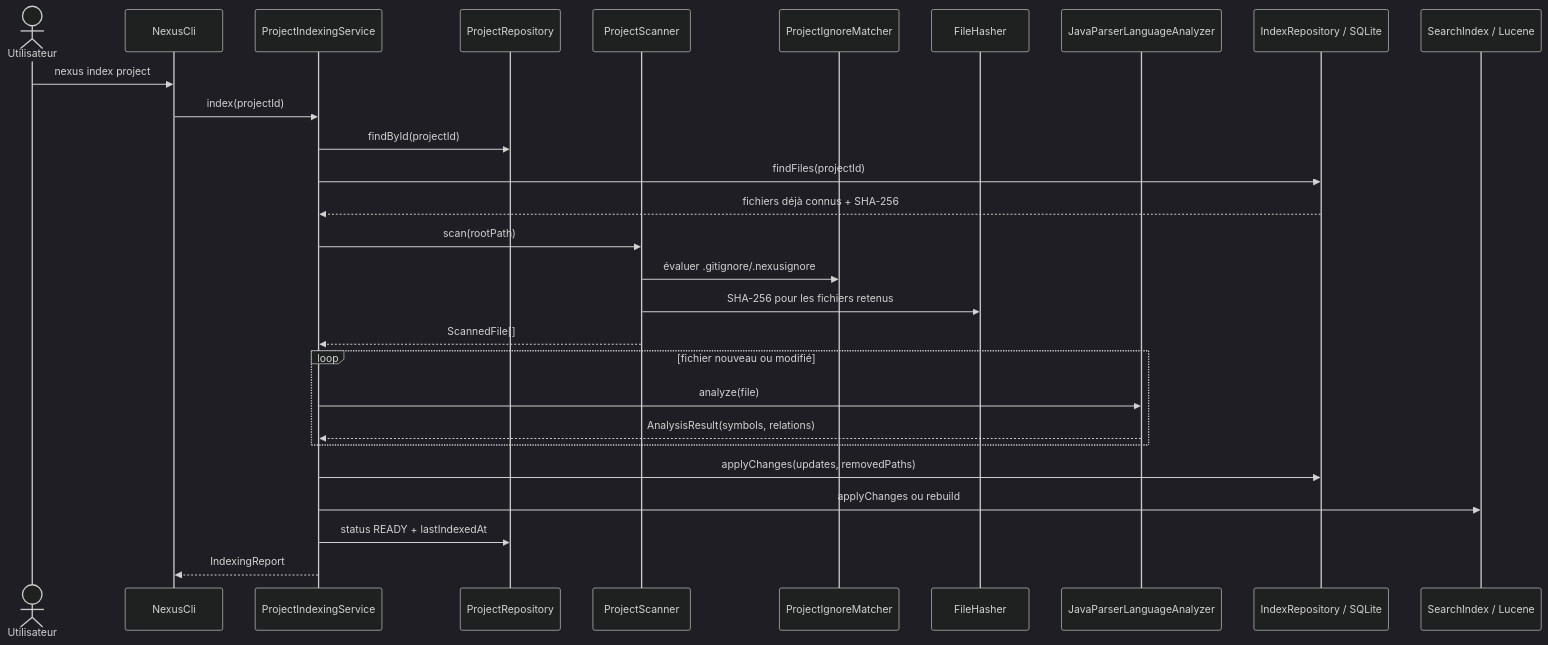
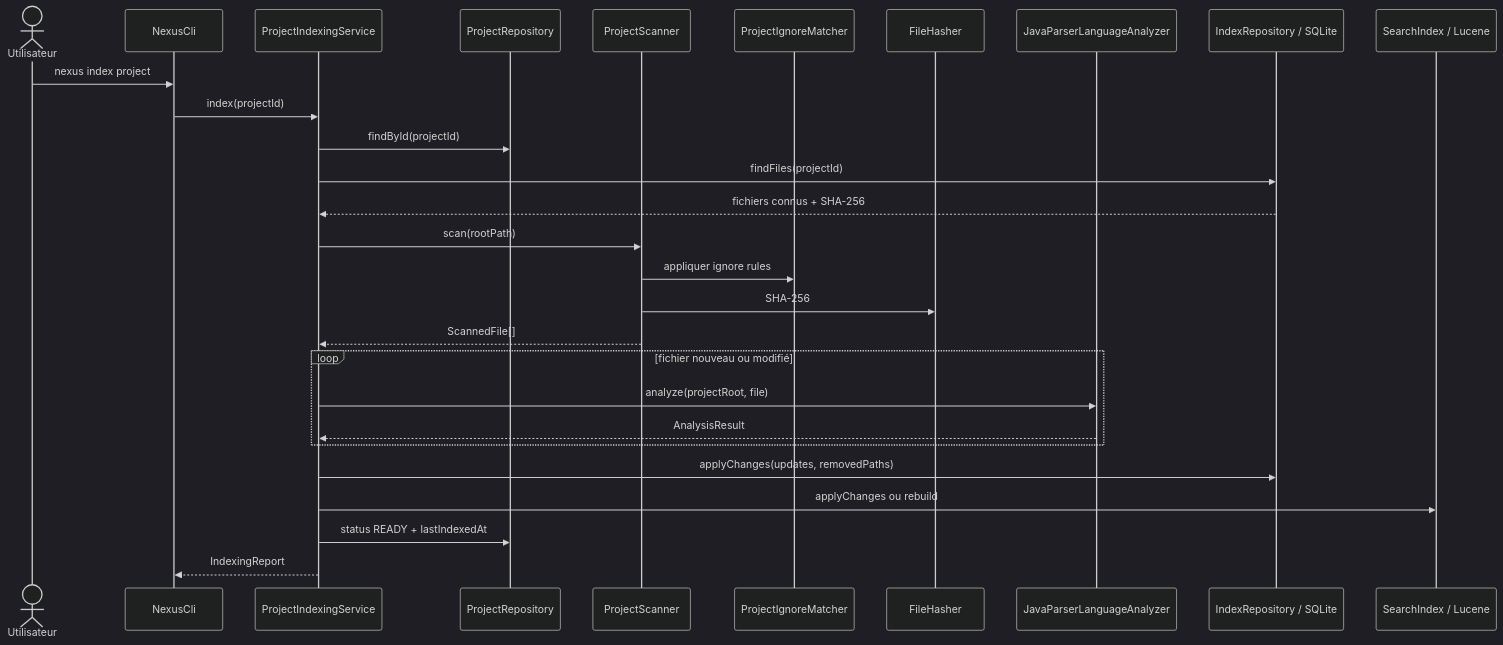
The first of 5 diagrams in docs/developer/indexing-pipeline.md (FTurleque/nexus-context-engine), drawn with Mermaid (dark theme) before and after one commit. The commit also changed other lines of this file, not shown here.

Commit message:
docs(dev): aligner le diagramme d'indexation sur les signatures réelles

````diff
--- a/docs/developer/indexing-pipeline.md
+++ b/docs/developer/indexing-pipeline.md
@@ -28,34 +21,34 @@
 ```mermaid
 sequenceDiagram
     actor User as Utilisateur
     participant CLI as NexusCli
     participant SVC as ProjectIndexingService
     participant Repo as ProjectRepository
     participant Scanner as ProjectScanner
     participant Ignore as ProjectIgnoreMatcher
     participant Hash as FileHasher
     participant AST as JavaParserLanguageAnalyzer
     participant SQLite as IndexRepository / SQLite
     participant Lucene as SearchIndex / Lucene
 
     User->>CLI: nexus index project
     CLI->>SVC: index(projectId)
     SVC->>Repo: findById(projectId)
     SVC->>SQLite: findFiles(projectId)
-    SQLite-->>SVC: fichiers déjà connus + SHA-256
+    SQLite-->>SVC: fichiers connus + SHA-256
 
     SVC->>Scanner: scan(rootPath)
-    Scanner->>Ignore: évaluer .gitignore/.nexusignore
-    Scanner->>Hash: SHA-256 pour les fichiers retenus
+    Scanner->>Ignore: appliquer ignore rules
+    Scanner->>Hash: SHA-256
     Scanner-->>SVC: ScannedFile[]
 
     loop fichier nouveau ou modifié
-        SVC->>AST: analyze(file)
-        AST-->>SVC: AnalysisResult(symbols, relations)
+        SVC->>AST: analyze(projectRoot, file)
+        AST-->>SVC: AnalysisResult
     end
 
     SVC->>SQLite: applyChanges(updates, removedPaths)
     SVC->>Lucene: applyChanges ou rebuild
     SVC->>Repo: status READY + lastIndexedAt
     SVC-->>CLI: IndexingReport
 ```
````
